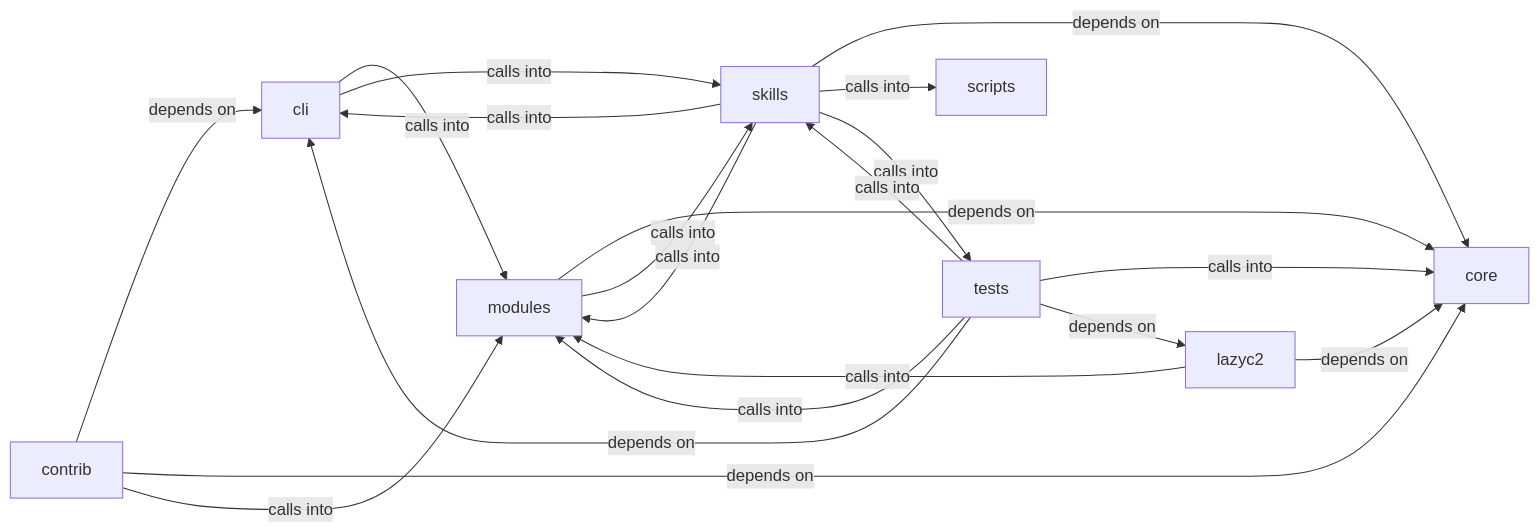
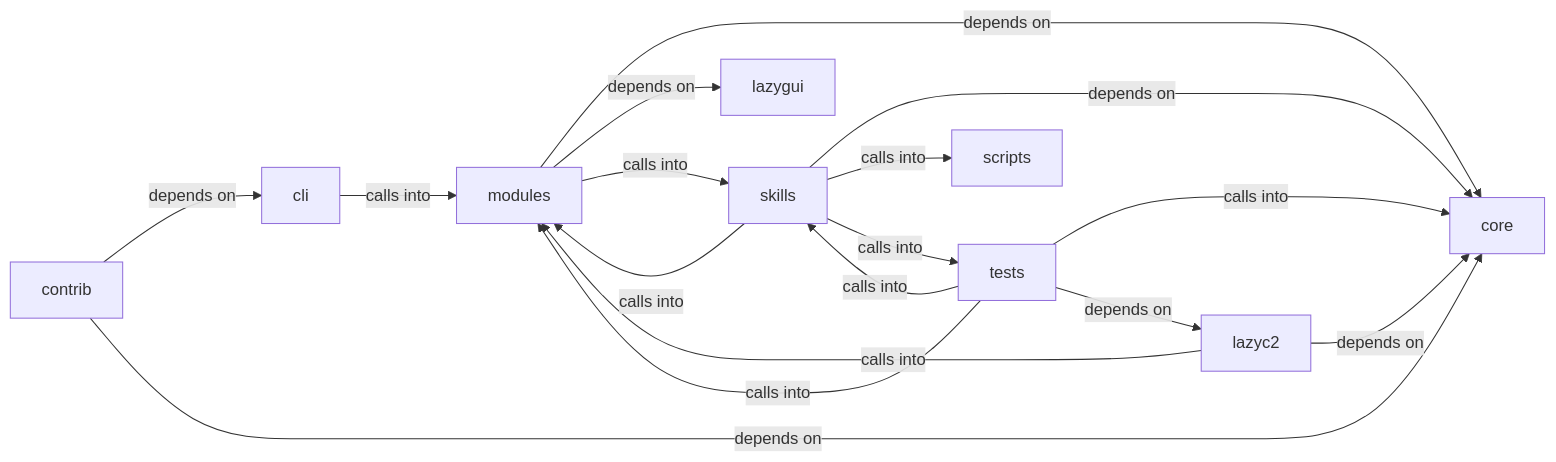
The diagram in readmenator-diagrams/modules_autonomous_daemon.md (grisuno/LazyOwn), drawn with Mermaid before and after one commit. The commit also changed other lines of this file and 257 other files, not shown here.

````diff
--- a/readmenator-diagrams/modules_autonomous_daemon.md
+++ b/readmenator-diagrams/modules_autonomous_daemon.md
@@ -5,30 +5,28 @@
 ```mermaid
 graph LR
     cli["cli"]
     contrib["contrib"]
     core["core"]
     lazyc2["lazyc2"]
+    lazygui["lazygui"]
     modules["modules"]
     scripts["scripts"]
     skills["skills"]
     tests["tests"]
     cli -- "calls into" --> modules
-    cli -- "calls into" --> skills
     contrib -- "depends on" --> cli
     contrib -- "depends on" --> core
-    contrib -- "calls into" --> modules
     lazyc2 -- "depends on" --> core
     lazyc2 -- "calls into" --> modules
     modules -- "depends on" --> core
+    modules -- "depends on" --> lazygui
     modules -- "calls into" --> skills
-    skills -- "calls into" --> cli
     skills -- "depends on" --> core
     skills -- "calls into" --> modules
     skills -- "calls into" --> scripts
     skills -- "calls into" --> tests
-    tests -- "depends on" --> cli
     tests -- "calls into" --> core
     tests -- "depends on" --> lazyc2
     tests -- "calls into" --> modules
     tests -- "calls into" --> skills
 ```
````
